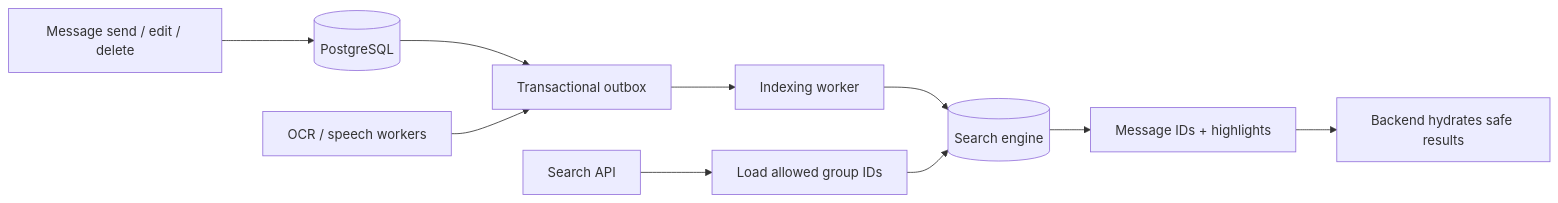
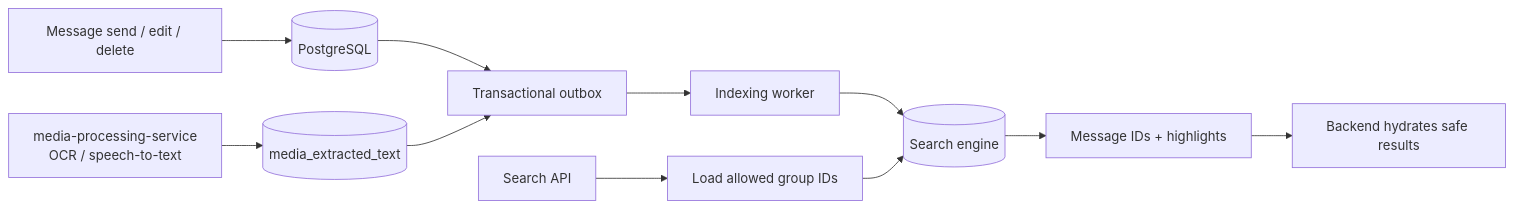
Before and after one commit to anhtuta/chat-app: the second of 2 diagrams in docs/27_SEARCH_FEATURE.md, drawn with Mermaid. The commit also changed other lines of this file and 2 other files, not shown here.

Commit message:
Init feature 29: media processing service

````diff
--- a/docs/27_SEARCH_FEATURE.md
+++ b/docs/27_SEARCH_FEATURE.md
@@ -539,12 +540,13 @@
 ```mermaid
 flowchart LR
     A[Message send / edit / delete] --> B[(PostgreSQL)]
     B --> C[Transactional outbox]
     C --> D[Indexing worker]
     D --> E[(Search engine)]
-    F[OCR / speech workers] --> C
+    F[media-processing-service\nOCR / speech-to-text] --> M[(media_extracted_text)]
+    M --> C
     G[Search API] --> H[Load allowed group IDs]
     H --> E
     E --> I[Message IDs + highlights]
     I --> J[Backend hydrates safe results]
 ```
````
